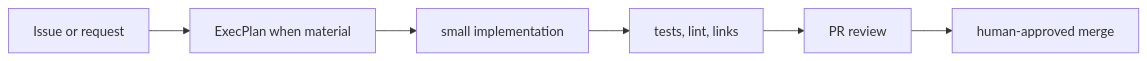
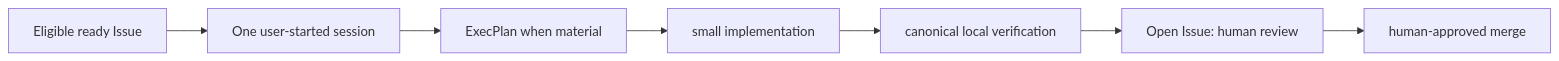
The diagram in docs/workflows/DEVELOPMENT_WORKFLOW.md (successbycs/ShortList), drawn with Mermaid before and after one commit. The commit also changed other lines of this file and 25 other files, not shown here.

Commit message:
activate issue workflow and repair verification

````diff
--- a/docs/workflows/DEVELOPMENT_WORKFLOW.md
+++ b/docs/workflows/DEVELOPMENT_WORKFLOW.md
@@ -7,8 +7,9 @@
 ```mermaid
 flowchart LR
-  Issue[Issue or request] --> Plan[ExecPlan when material]
+  Issue[Eligible ready Issue] --> Active[One user-started session]
+  Active --> Plan[ExecPlan when material]
   Plan --> Change[small implementation]
-  Change --> Verify[tests, lint, links]
-  Verify --> Review[PR review]
-  Review --> Merge[human-approved merge]
+  Change --> Verify[canonical local verification]
+  Verify --> HumanReview[Open Issue: human review]
+  HumanReview --> Merge[human-approved merge]
 ```
````
